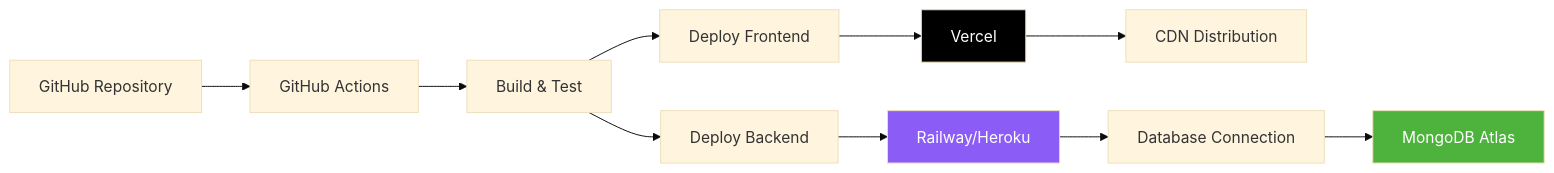
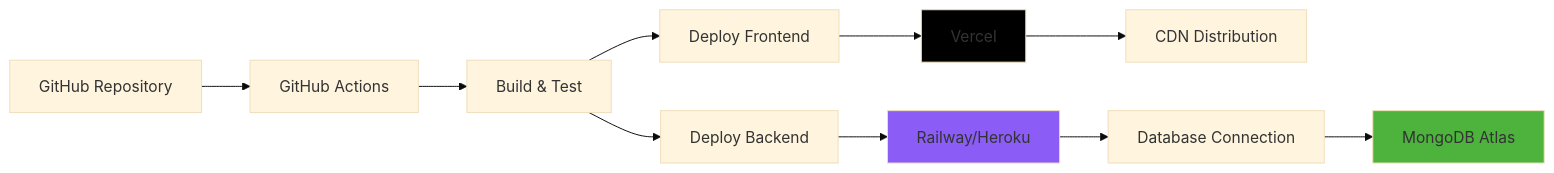
The ninth of 9 diagrams in README.md (choksi2212/blog-vibe), drawn with Mermaid (base theme) before and after one commit. The commit also changed other lines of this file, not shown here.

````diff
--- a/README.md
+++ b/README.md
@@ -821,18 +821,18 @@
 ```mermaid
 graph LR
     A[GitHub Repository] --> B[GitHub Actions]
     B --> C[Build & Test]
     C --> D[Deploy Frontend]
     C --> E[Deploy Backend]
     
     D --> F[Vercel]
     E --> G[Railway/Heroku]
     
     F --> H[CDN Distribution]
     G --> I[Database Connection]
     I --> J[MongoDB Atlas]
     
-    style F fill:#000000,color:#ffffff
-    style G fill:#8B5CF6,color:#ffffff
-    style J fill:#4db33d,color:#ffffff
+    style F fill:#000000
+    style G fill:#8B5CF6
+    style J fill:#4db33d
 ```
````
